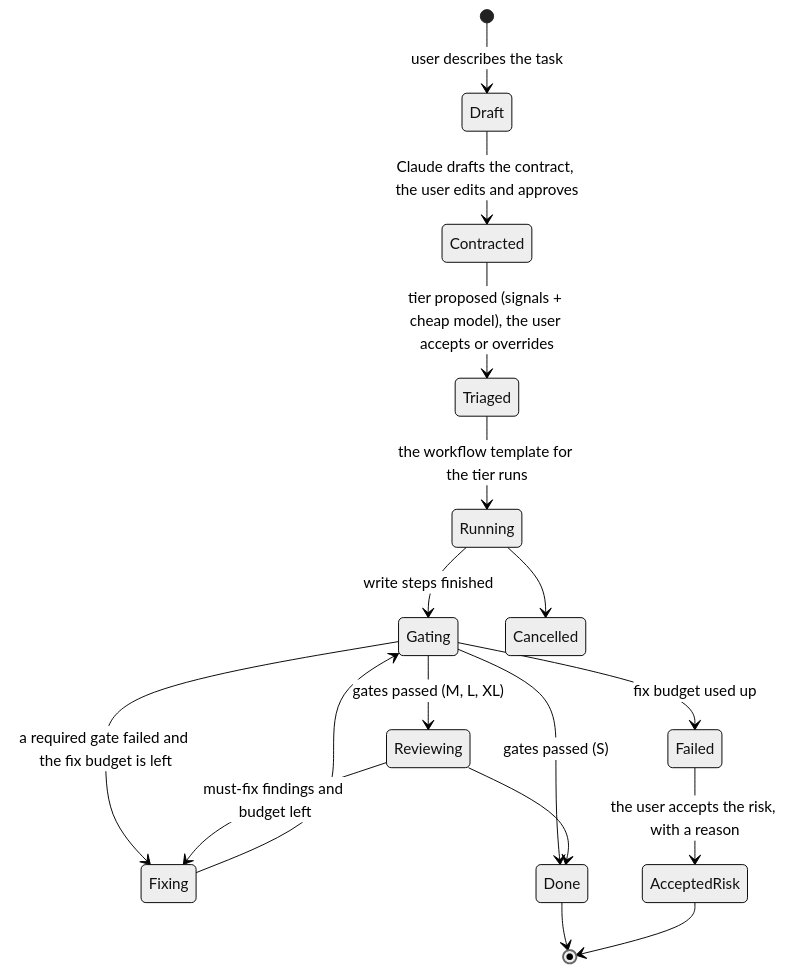
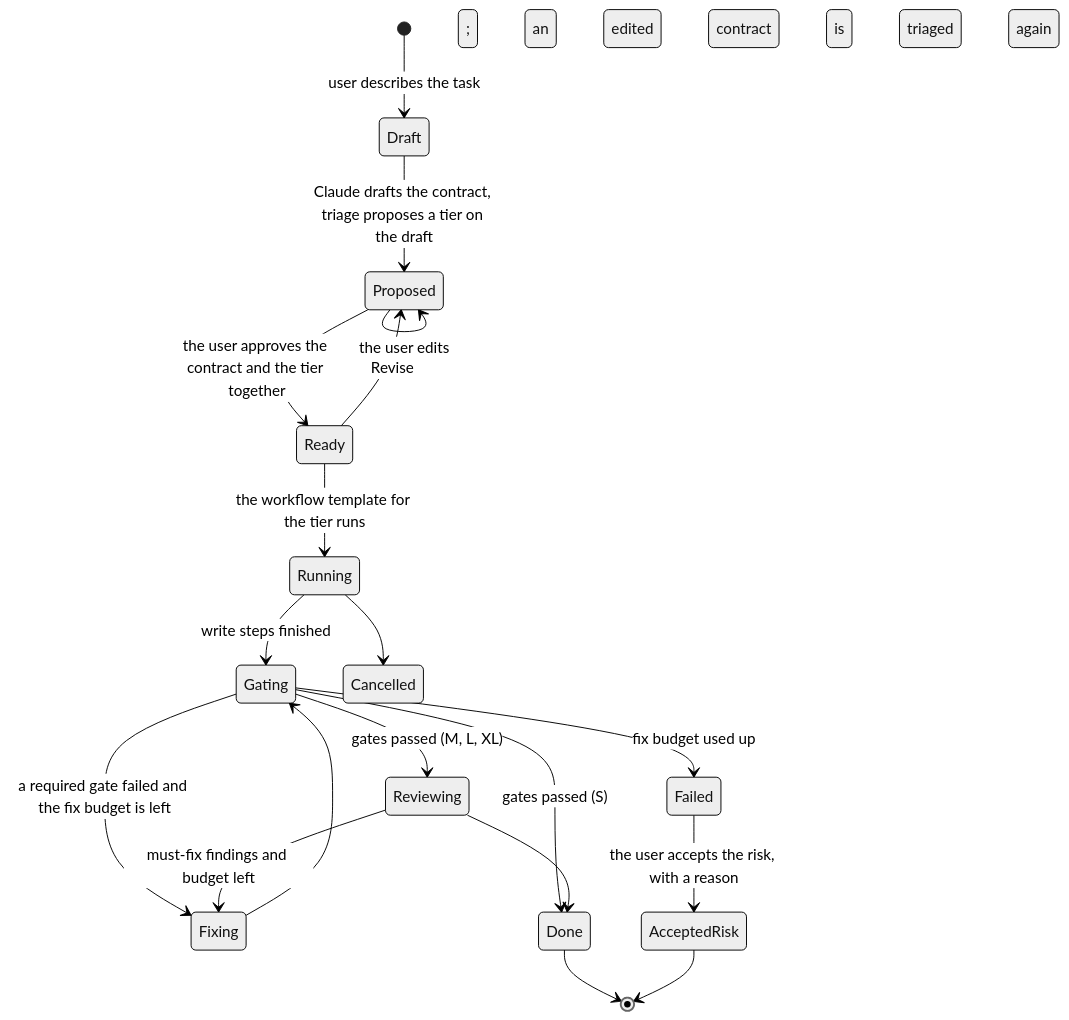
Before and after one commit to hafizhrf/AgentChainer: the diagram in docs/design/planner.md, drawn with Mermaid (neutral theme). The commit also changed other lines of this file and 36 other files, not shown here.

````diff
--- a/docs/design/planner.md
+++ b/docs/design/planner.md
@@ -43,19 +43,21 @@
 ```mermaid
 stateDiagram-v2
   [*] --> Draft: user describes the task
-  Draft --> Contracted: Claude drafts the contract, the user edits and approves
-  Contracted --> Triaged: tier proposed (signals + cheap model), the user accepts or overrides
-  Triaged --> Running: the workflow template for the tier runs
+  Draft --> Proposed: Claude drafts the contract, triage proposes a tier on the draft
+  Proposed --> Proposed: the user edits; an edited contract is triaged again
+  Proposed --> Ready: the user approves the contract and the tier together
+  Ready --> Proposed: Revise
+  Ready --> Running: the workflow template for the tier runs
   Running --> Gating: write steps finished
   Gating --> Fixing: a required gate failed and the fix budget is left
   Fixing --> Gating
   Gating --> Reviewing: gates passed (M, L, XL)
   Reviewing --> Fixing: must-fix findings and budget left
   Gating --> Done: gates passed (S)
   Reviewing --> Done
   Gating --> Failed: fix budget used up
   Failed --> AcceptedRisk: the user accepts the risk, with a reason
   Running --> Cancelled
   Done --> [*]
   AcceptedRisk --> [*]
 ```
````
